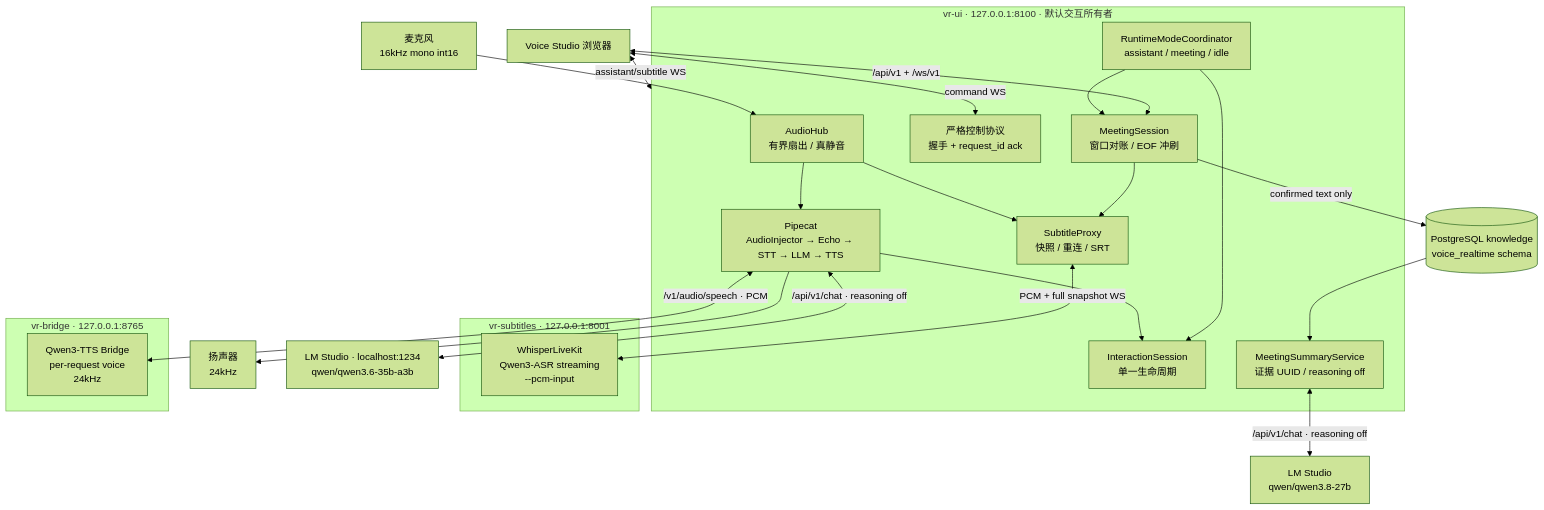
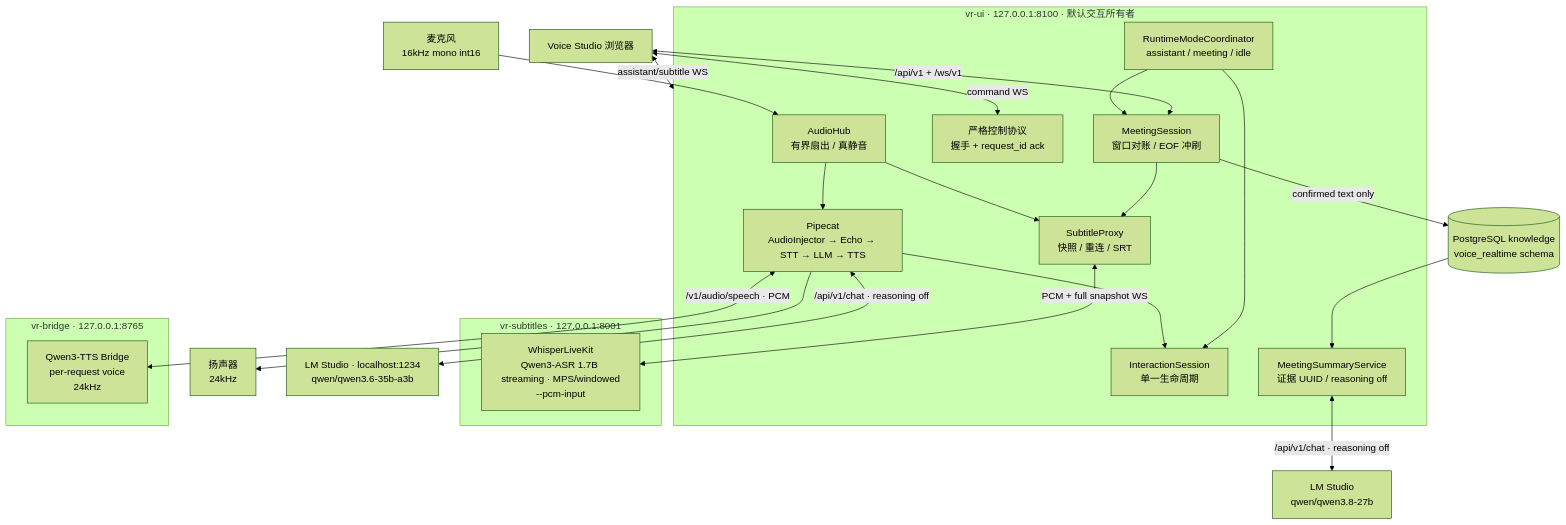
The first of 6 diagrams in docs/架构图与流程图.md (hrygo/voice-realtime), drawn with Mermaid (forest theme) before and after one commit. The commit also changed other lines of this file and 21 other files, not shown here.

````diff
--- a/docs/架构图与流程图.md
+++ b/docs/架构图与流程图.md
@@ -8,47 +8,47 @@
 ```mermaid
 flowchart TB
     MIC[麦克风<br/>16kHz mono int16]
     SPEAKER[扬声器<br/>24kHz]
     BROWSER[Voice Studio 浏览器]
 
     subgraph UI[vr-ui · 127.0.0.1:8100 · 默认交互所有者]
         HUB[AudioHub<br/>有界扇出 / 真静音]
         SESSION[InteractionSession<br/>单一生命周期]
         PIPE[Pipecat<br/>AudioInjector → Echo → STT → LLM → TTS]
         SUBPROXY[SubtitleProxy<br/>快照 / 重连 / SRT]
         CONTROL[严格控制协议<br/>握手 + request_id ack]
         MODE[RuntimeModeCoordinator<br/>assistant / meeting / idle]
         MEETING[MeetingSession<br/>窗口对账 / EOF 冲刷]
         SUMMARY[MeetingSummaryService<br/>证据 UUID / reasoning off]
         HUB --> PIPE
         PIPE --> SESSION
         HUB --> SUBPROXY
         MODE --> SESSION
         MODE --> MEETING
         MEETING --> SUBPROXY
     end
 
     subgraph SUB[vr-subtitles · 127.0.0.1:8001]
-        WLK[WhisperLiveKit<br/>Qwen3-ASR streaming<br/>--pcm-input]
+        WLK[WhisperLiveKit<br/>Qwen3-ASR 1.7B streaming · MPS/windowed<br/>--pcm-input]
     end
 
     subgraph BRIDGE[vr-bridge · 127.0.0.1:8765]
         TTS[Qwen3-TTS Bridge<br/>per-request voice<br/>24kHz]
     end
 
     LM[LM Studio · localhost:1234<br/>qwen/qwen3.6-35b-a3b]
     PG[(PostgreSQL knowledge<br/>voice_realtime schema)]
     SUMMARY_LM[LM Studio<br/>qwen/qwen3.8-27b]
 
     MIC --> HUB
     SUBPROXY <-->|PCM + full snapshot WS| WLK
     PIPE <-->|/api/v1/chat · reasoning off| LM
     PIPE <-->|/v1/audio/speech · PCM| TTS
     PIPE --> SPEAKER
     BROWSER <-->|assistant/subtitle WS| UI
     BROWSER <-->|command WS| CONTROL
     MEETING -->|confirmed text only| PG
     PG --> SUMMARY
     SUMMARY <-->|/api/v1/chat · reasoning off| SUMMARY_LM
     BROWSER <-->|/api/v1 + /ws/v1| MEETING
 ```
````
